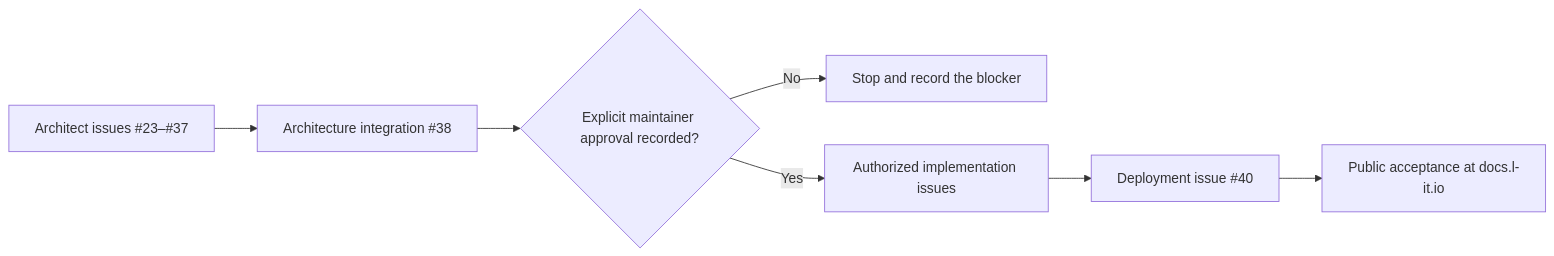
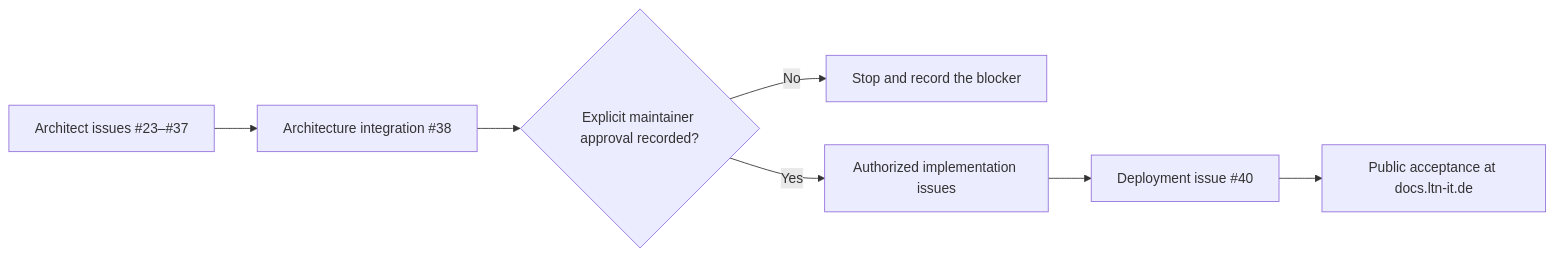
The diagram in CODEX_EXECUTION_GUIDE.md (lightning-it/documentation), drawn with Mermaid before and after one commit. The commit also changed 23 other files, not shown here.

````diff
--- a/CODEX_EXECUTION_GUIDE.md
+++ b/CODEX_EXECUTION_GUIDE.md
@@ -67,9 +67,9 @@
 ```mermaid
 flowchart LR
     A["Architect issues #23–#37"] --> B["Architecture integration #38"]
     B --> C{"Explicit maintainer approval recorded?"}
     C -->|No| D["Stop and record the blocker"]
     C -->|Yes| E["Authorized implementation issues"]
     E --> F["Deployment issue #40"]
-    F --> G["Public acceptance at docs.l-it.io"]
+    F --> G["Public acceptance at docs.ltn-it.de"]
 ```
````
